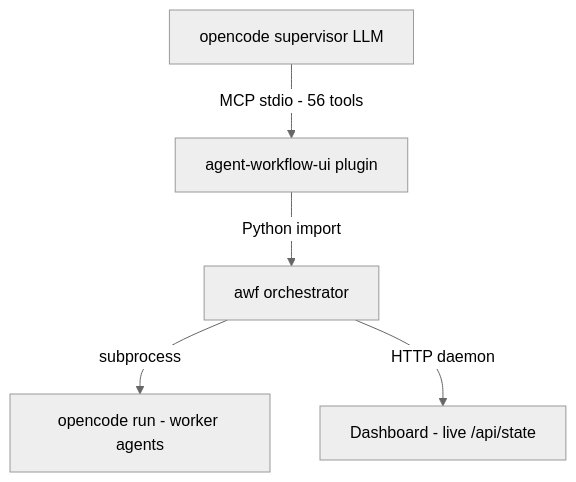
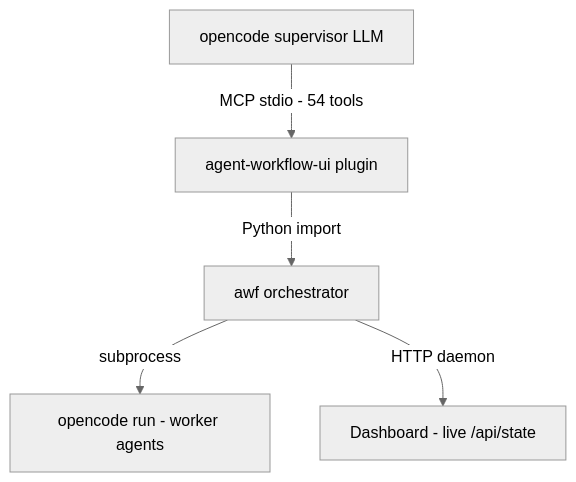
Before and after one commit to EnerJizeIT/agentic-workflow: the second of 2 diagrams in README.md, drawn with Mermaid (neutral theme). The commit also changed other lines of this file and 28 other files, not shown here.

````diff
--- a/README.md
+++ b/README.md
@@ -93,7 +93,7 @@
 ```mermaid
 graph TD
-    A[opencode supervisor LLM] -->|MCP stdio - 56 tools| B[agent-workflow-ui plugin]
+    A[opencode supervisor LLM] -->|MCP stdio - 54 tools| B[agent-workflow-ui plugin]
     B -->|Python import| C[awf orchestrator]
     C -->|subprocess| D[opencode run - worker agents]
     C -->|HTTP daemon| E[Dashboard - live /api/state]
 ```
````
